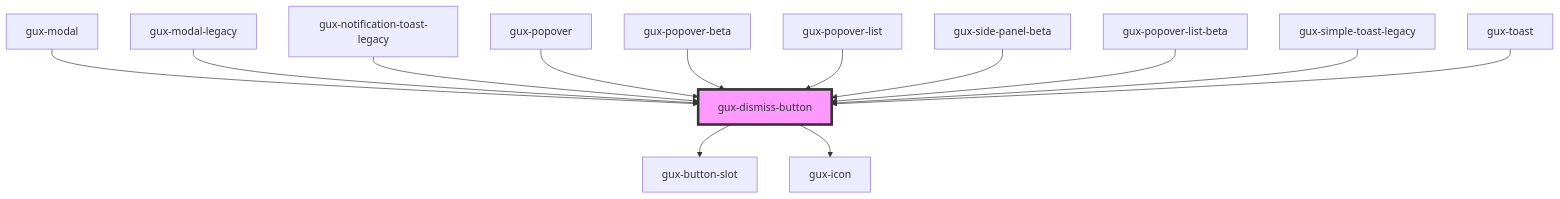
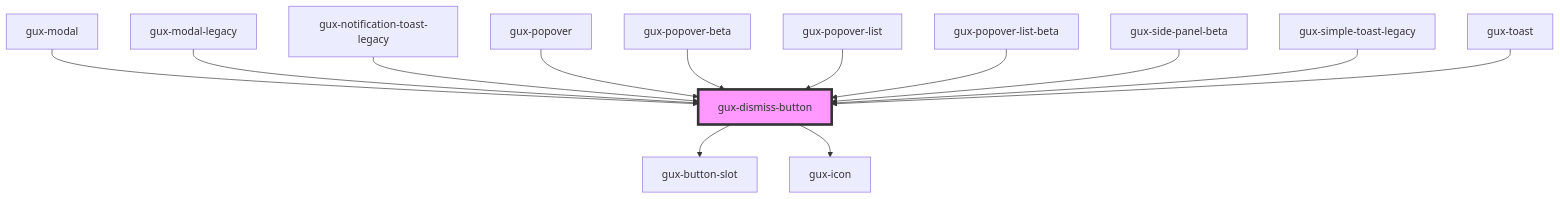
Before and after one commit to MyPureCloud/genesys-spark: the diagram in packages/genesys-spark-components/src/components/stable/gux-dismiss-button/readme.md, drawn with Mermaid. The commit also changed other lines of this file and 11 other files, not shown here.

````diff
--- a/packages/genesys-spark-components/src/components/stable/gux-dismiss-button/readme.md
+++ b/packages/genesys-spark-components/src/components/stable/gux-dismiss-button/readme.md
@@ -36,16 +37,16 @@
 ```mermaid
 graph TD;
   gux-dismiss-button --> gux-button-slot
   gux-dismiss-button --> gux-icon
   gux-modal --> gux-dismiss-button
   gux-modal-legacy --> gux-dismiss-button
   gux-notification-toast-legacy --> gux-dismiss-button
   gux-popover --> gux-dismiss-button
   gux-popover-beta --> gux-dismiss-button
   gux-popover-list --> gux-dismiss-button
+  gux-popover-list-beta --> gux-dismiss-button
   gux-side-panel-beta --> gux-dismiss-button
-  gux-popover-list-beta --> gux-dismiss-button
   gux-simple-toast-legacy --> gux-dismiss-button
   gux-toast --> gux-dismiss-button
   style gux-dismiss-button fill:#f9f,stroke:#333,stroke-width:4px
 ```
````
